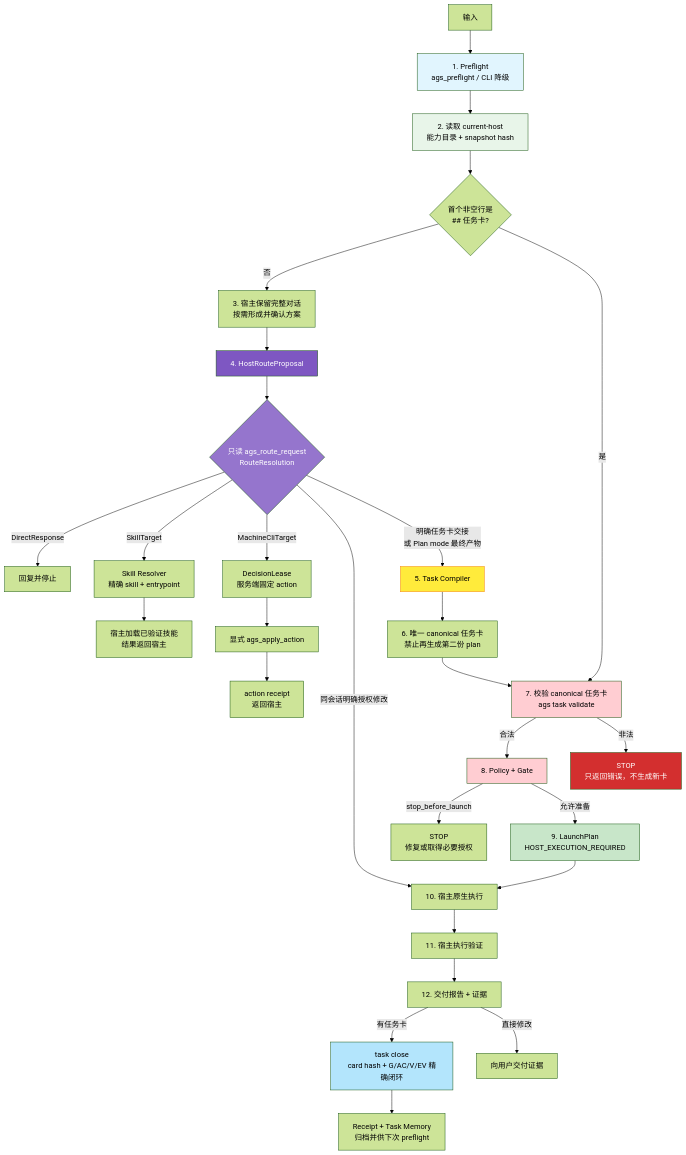
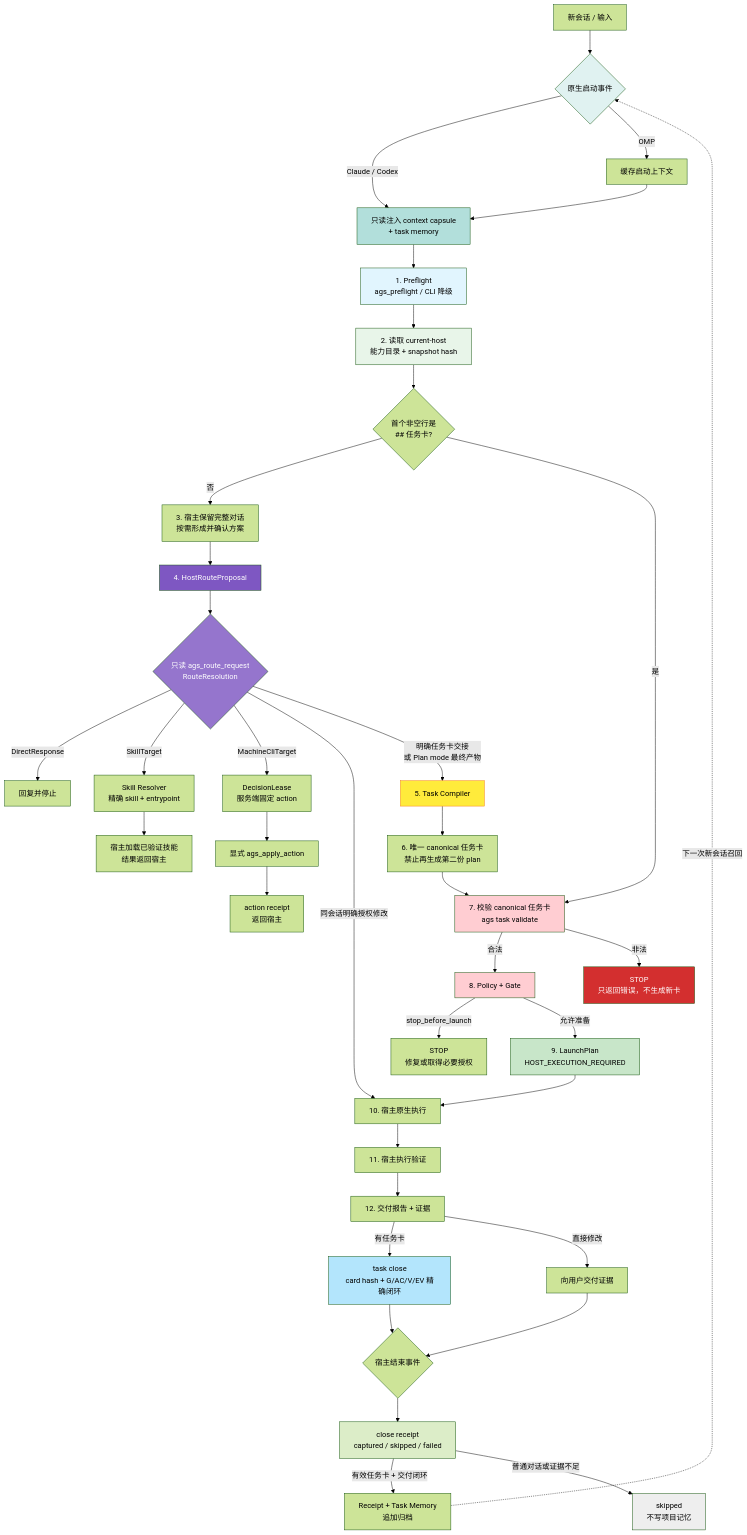
Before and after one commit to FernandeZ-hjm/Agent-General-Staff: the second of 2 diagrams in README.md, drawn with Mermaid (forest theme). The commit also changed other lines of this file and 30 other files, not shown here.

Commit message:
close native host memory lifecycle

````diff
--- a/README.md
+++ b/README.md
@@ -217,41 +245,54 @@
 ```mermaid
 flowchart TB
-    A[输入] --> B[1. Preflight<br/>ags_preflight / CLI 降级]
+    A[新会话 / 输入] --> START{原生启动事件}
+    START -->|Claude / Codex| INJECT[只读注入 context capsule<br/>+ task memory]
+    START -->|OMP| OMPWAIT[缓存启动上下文]
+    OMPWAIT --> INJECT
+    INJECT --> B[1. Preflight<br/>ags_preflight / CLI 降级]
     B --> CAT[2. 读取 current-host<br/>能力目录 + snapshot hash]
     CAT --> X{首个非空行是<br/>## 任务卡?}
     X -->|否| H[3. 宿主保留完整对话<br/>按需形成并确认方案]
     H --> P[4. HostRouteProposal]
     P --> R{只读 ags_route_request<br/>RouteResolution}
     R -->|DirectResponse| DR[回复并停止]
     R -->|SkillTarget| SR[Skill Resolver<br/>精确 skill + entrypoint]
     R -->|MachineCliTarget| LEASE[DecisionLease<br/>服务端固定 action]
     R -->|同会话明确授权修改| EXEC[10. 宿主原生执行]
     R -->|明确任务卡交接<br/>或 Plan mode 最终产物| C[5. Task Compiler]
     SR --> HC[宿主加载已验证技能<br/>结果返回宿主]
     LEASE --> APPLY[显式 ags_apply_action]
     APPLY --> AR[action receipt<br/>返回宿主]
     C --> CARD[6. 唯一 canonical 任务卡<br/>禁止再生成第二份 plan]
     X -->|是| V[7. 校验 canonical 任务卡<br/>ags task validate]
     CARD --> V
     V -->|合法| K[8. Policy + Gate]
     V -->|非法| VSTOP[STOP<br/>只返回错误，不生成新卡]
     K -->|stop_before_launch| KSTOP[STOP<br/>修复或取得必要授权]
     K -->|允许准备| LP[9. LaunchPlan<br/>HOST_EXECUTION_REQUIRED]
     LP --> EXEC
     EXEC --> VERIFY[11. 宿主执行验证]
     VERIFY --> REPORT[12. 交付报告 + 证据]
     REPORT -->|有任务卡| CLOSE[task close<br/>card hash + G/AC/V/EV 精确闭环]
     REPORT -->|直接修改| DONE[向用户交付证据]
-    CLOSE --> ARCHIVE[Receipt + Task Memory<br/>归档并供下次 preflight]
+    CLOSE --> END{宿主结束事件}
+    DONE --> END
+    END --> RECEIPT[close receipt<br/>captured / skipped / failed]
+    RECEIPT -->|有效任务卡 + 交付闭环| ARCHIVE[Receipt + Task Memory<br/>追加归档]
+    RECEIPT -->|普通对话或证据不足| SKIP[skipped<br/>不写项目记忆]
+    ARCHIVE -. 下一次新会话召回 .-> START
 
+    style START fill:#e0f2f1
+    style INJECT fill:#b2dfdb
     style B fill:#e1f5fe
     style CAT fill:#e8f5e9
     style P fill:#7e57c2,color:#fff
     style R fill:#9575cd,color:#fff
     style C fill:#ffeb3b,stroke:#f57f17
     style V fill:#ffcdd2
     style VSTOP fill:#d32f2f,color:#fff
     style K fill:#ffcdd2
     style LP fill:#c8e6c9
     style CLOSE fill:#b3e5fc
+    style RECEIPT fill:#dcedc8
+    style SKIP fill:#eeeeee
 ```
````
